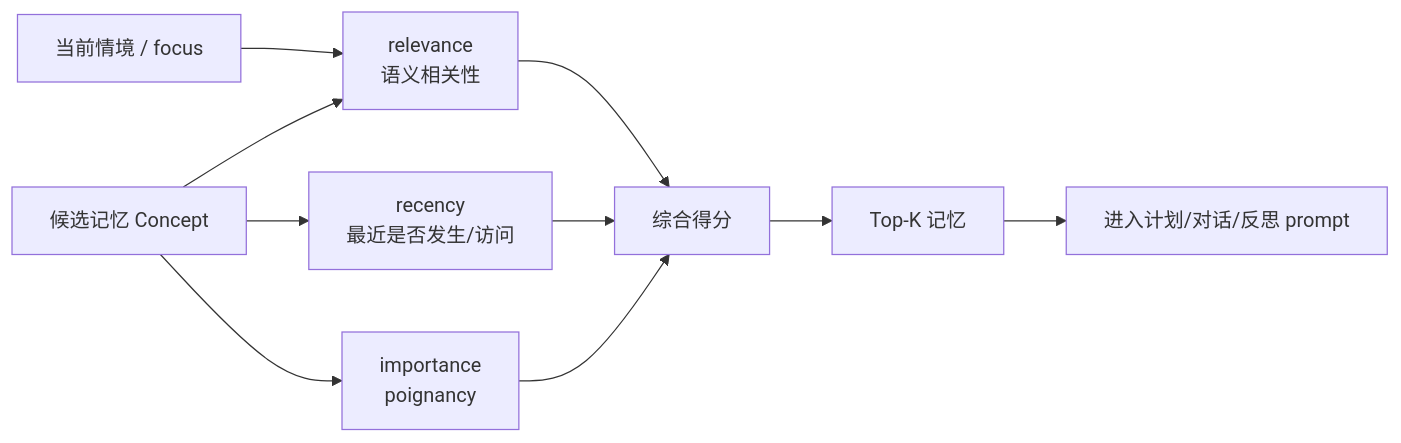
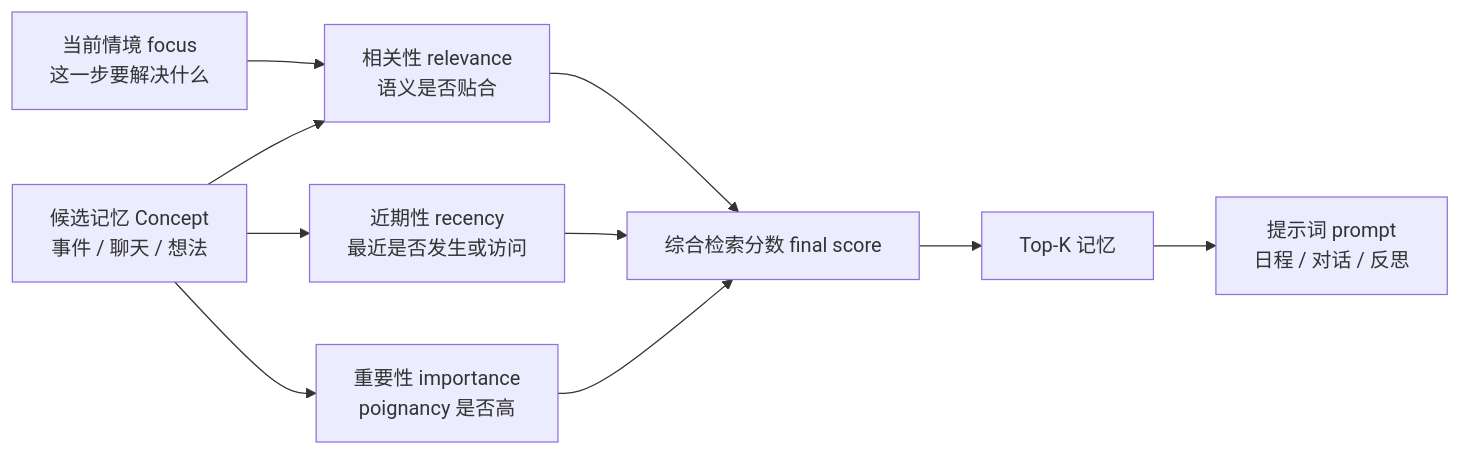
Before and after one commit to tbkken/GenerativeAgentsCN: the first of 2 diagrams in docs/book/manuscript/part_01/chapter_06.md, drawn with Mermaid. The commit also changed other lines of this file and 16 other files, not shown here.

````diff
--- a/docs/book/manuscript/part_01/chapter_06.md
+++ b/docs/book/manuscript/part_01/chapter_06.md
@@ -66,13 +81,13 @@
 ```mermaid
 flowchart LR
-    Query["当前情境 / focus"] --> Relevance["relevance<br/>语义相关性"]
-    Memory["候选记忆 Concept"] --> Relevance
-    Memory --> Recency["recency<br/>最近是否发生/访问"]
-    Memory --> Importance["importance<br/>poignancy"]
+    Query["当前情境 focus<br/>这一步要解决什么"] --> Relevance["相关性 relevance<br/>语义是否贴合"]
+    Memory["候选记忆 Concept<br/>事件 / 聊天 / 想法"] --> Relevance
+    Memory --> Recency["近期性 recency<br/>最近是否发生或访问"]
+    Memory --> Importance["重要性 importance<br/>poignancy 是否高"]
 
-    Relevance --> Score["综合得分"]
+    Relevance --> Score["综合检索分数 final score"]
     Recency --> Score
     Importance --> Score
     Score --> TopK["Top-K 记忆"]
-    TopK --> Prompt["进入计划/对话/反思 prompt"]
+    TopK --> Prompt["提示词 prompt<br/>日程 / 对话 / 反思"]
 ```
````
